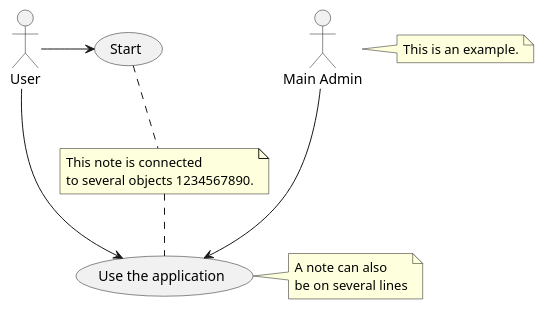
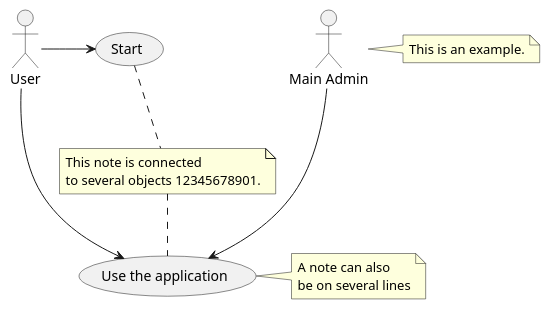
The diagram in plant1.puml (AKStratus/plantuml_diagrams), drawn with PlantUML before and after one commit.

```diff
--- a/plant1.puml
+++ b/plant1.puml
@@ -1,17 +1,17 @@
 @startuml
 
     :Main Admin: as Admin
     (Use the application) as (Use)
     User -> (Start)
     User --> (Use)
     Admin ---> (Use)
     note right of Admin : This is an example.
     note right of (Use)
     A note can also
     be on several lines
     end note
-    note "This note is connected\nto several objects 1234567890." as N2
+    note "This note is connected\nto several objects 12345678901." as N2
     (Start) .. N2
     N2 .. (Use)
 
     @enduml
```
